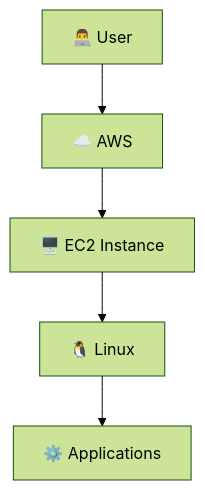
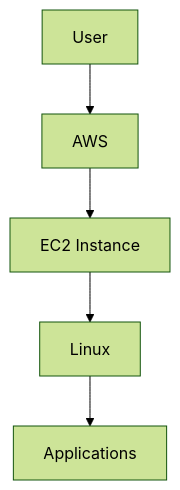
The eighth of 31 diagrams in DevOps-Labs-and-Projects/ Day-01 to Day-06/README.md (Yuvii2102/My-Devops-Cloud-Journey), drawn with Mermaid (forest theme) before and after one commit. The commit also changed other lines of this file, not shown here.

````diff
--- a/DevOps-Labs-and-Projects/ Day-01 to Day-06/README.md
+++ b/DevOps-Labs-and-Projects/ Day-01 to Day-06/README.md
@@ -314,13 +242,7 @@
 ```mermaid
 flowchart TD
-    USER["👨‍💻 User"]
-    AWS["☁️ AWS"]
-    EC2["🖥️ EC2 Instance"]
-    OS["🐧 Linux"]
-    APP["⚙️ Applications"]
-
-    USER --> AWS
-    AWS --> EC2
-    EC2 --> OS
-    OS --> APP
+    U["User"] --> AWS["AWS"]
+    AWS --> EC2["EC2 Instance"]
+    EC2 --> OS["Linux"]
+    OS --> APP["Applications"]
 ```
````
